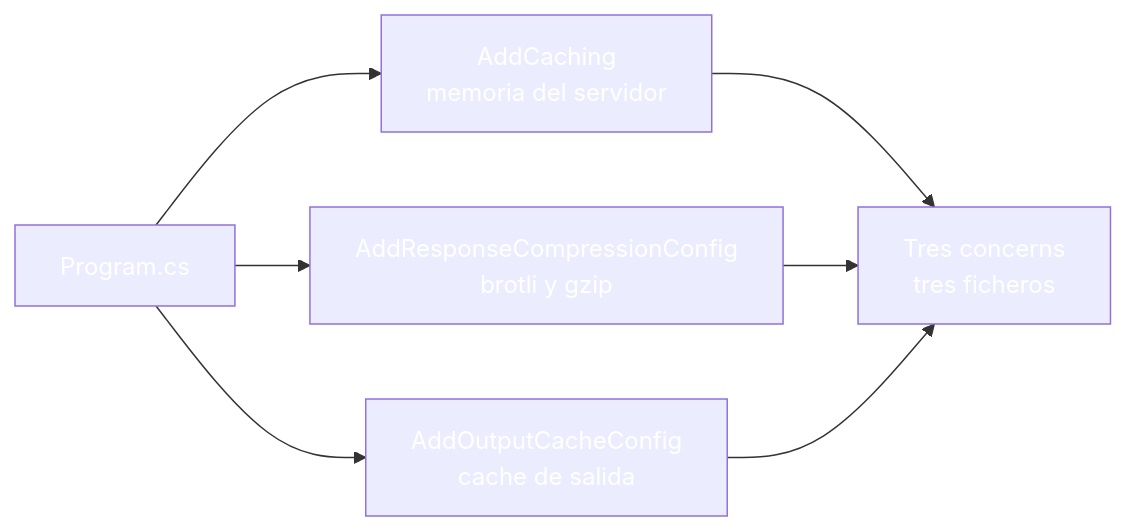
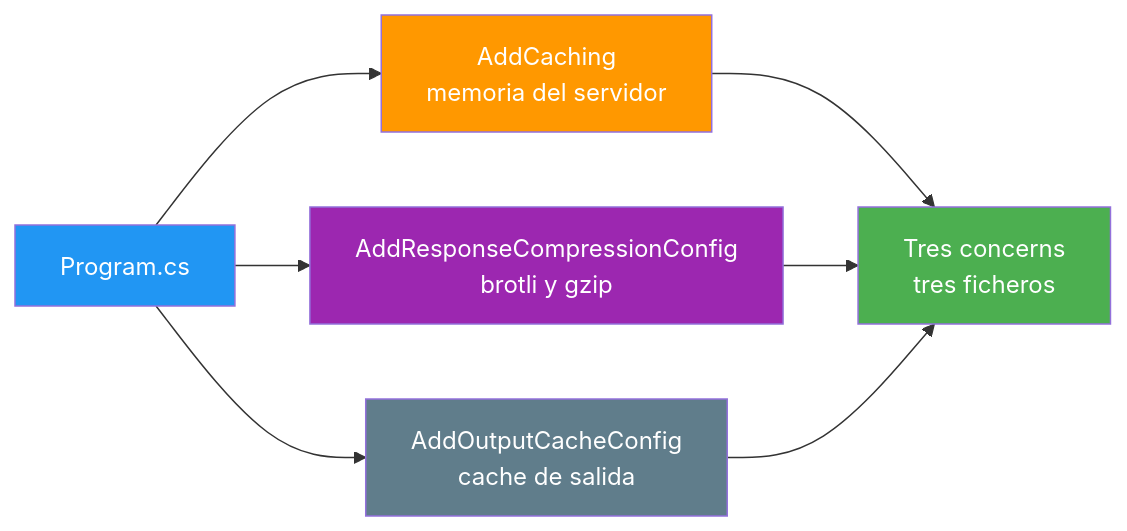
One commit to joseluisgs/DesarrolloWebEntornosServidor-03-2026-2027 changed the seventh of 7 diagrams in 21-optimizacion-rendimiento.md. Above: the diagram before and after it, drawn with Mermaid. The commit also changed other lines of this file and 25 other files, not shown here.

Commit message:
docs: corregir los estilos Mermaid de los temas y alinear el dominio del tema 25 con ProductosApp

````diff
--- a/21-optimizacion-rendimiento.md
+++ b/21-optimizacion-rendimiento.md
@@ -427,14 +427,14 @@
 ```mermaid
 graph LR
     P["Program.cs"] --> C["AddCaching<br/>memoria del servidor"]
     P --> K["AddResponseCompressionConfig<br/>brotli y gzip"]
     P --> O["AddOutputCacheConfig<br/>cache de salida"]
     C --> B["Tres concerns<br/>tres ficheros"]
     K --> B
     O --> B
-    style P fill:#2196F,color:#fff3,color:#fff
-    style C fill:#FF980,color:#fff0,color:#fff
-    style K fill:#9C27B,color:#fff0,color:#fff
-    style O fill:#607D8,color:#fffB,color:#fff
-    style B fill:#4CAF5,color:#fff0,color:#fff
+    style P fill:#2196F3,color:#fff
+    style C fill:#FF9800,color:#fff
+    style K fill:#9C27B0,color:#fff
+    style O fill:#607D8B,color:#fff
+    style B fill:#4CAF50,color:#fff
 ```
````
